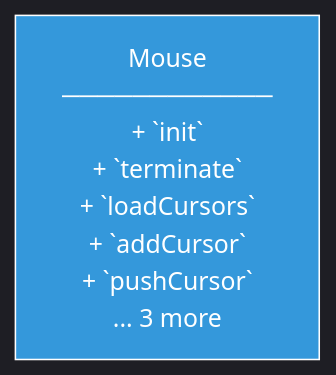
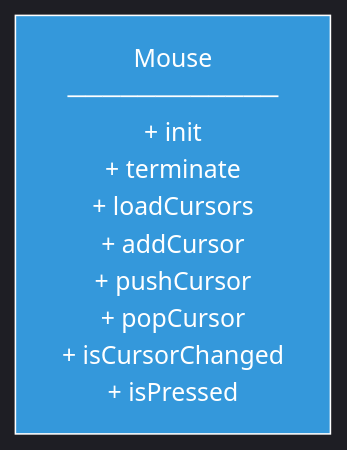
Before and after one commit to lukaszj321/otcv8-dev: the diagram in docs/authoring/01_core/api/cpp/framework/diagrams/mouse.mmd, drawn with Mermaid. The commit also changed 62 other files, not shown here.

First line of the commit message:
Fix comment spacing and expand truncated diagrams

```diff
--- a/docs/authoring/01_core/api/cpp/framework/diagrams/mouse.mmd
+++ b/docs/authoring/01_core/api/cpp/framework/diagrams/mouse.mmd
@@ -1,5 +1,5 @@
 %%{init: {'theme':'dark','themeVariables': {'primaryTextColor':'#ddd','lineColor':'#9aa0a6'}, 'securityLevel':'loose'}}%%
 graph TD
     classDef api fill:#3498db,stroke:#fff,color:#fff;
     
-    Mouse["Mouse<br/>────────────<br/>+ `init`<br/>+ `terminate`<br/>+ `loadCursors`<br/>+ `addCursor`<br/>+ `pushCursor`<br/>... 3 more<br/>"]:::api
+    Mouse["Mouse<br/>────────────<br/>+ init<br/>+ terminate<br/>+ loadCursors<br/>+ addCursor<br/>+ pushCursor<br/>+ popCursor<br/>+ isCursorChanged<br/>+ isPressed<br/>"]:::api
```
